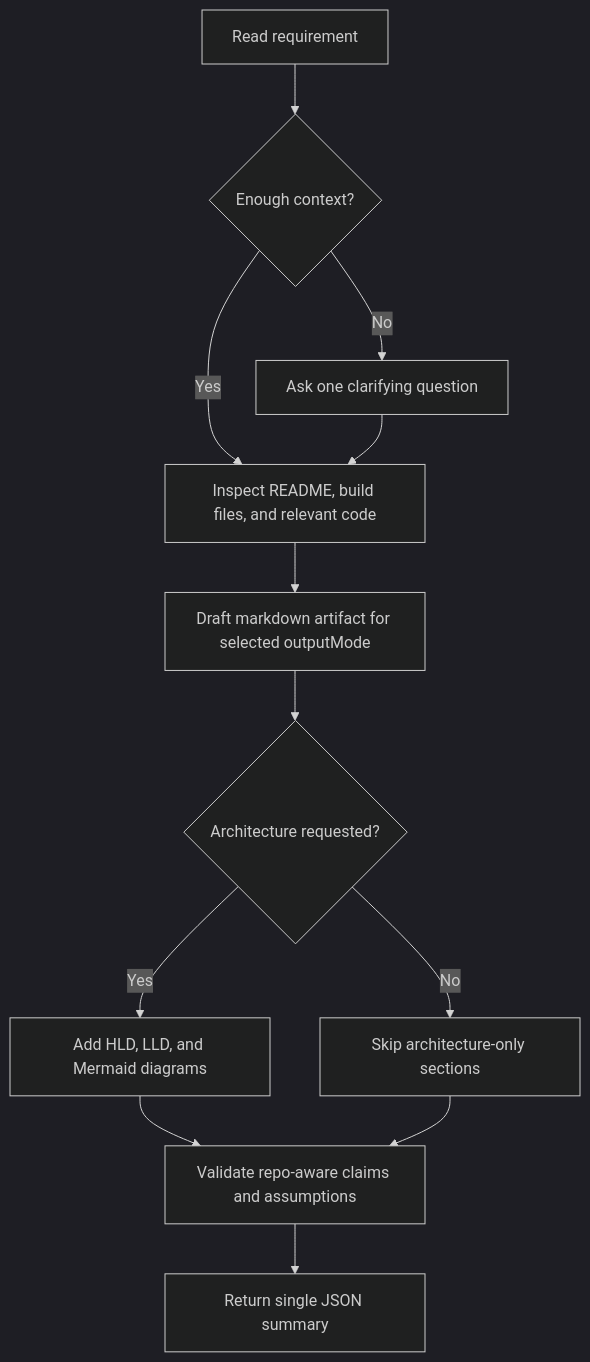
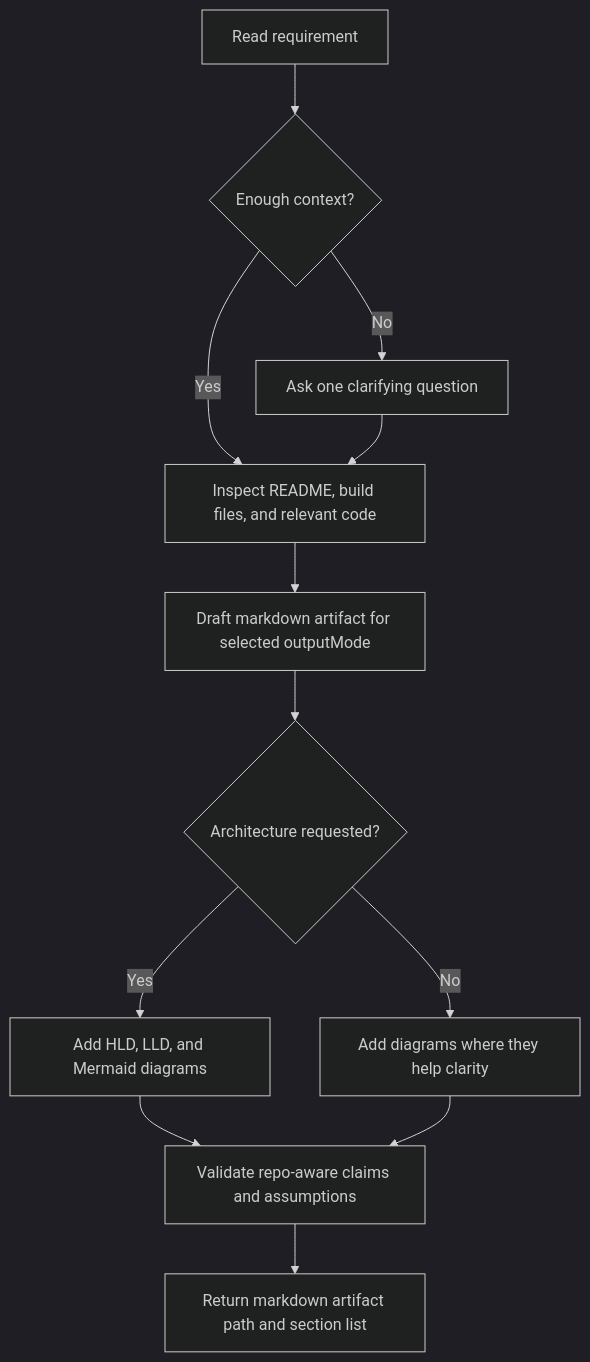
Before and after one commit to buddolla1/agents-skills-instructions: the diagram in github/skills/engineering-design-agent/docs/engineering-design-agent-skill-overview.md, drawn with Mermaid (dark theme). The commit also changed other lines of this file and 22 other files, not shown here.

````diff
--- a/github/skills/engineering-design-agent/docs/engineering-design-agent-skill-overview.md
+++ b/github/skills/engineering-design-agent/docs/engineering-design-agent-skill-overview.md
@@ -25,14 +25,14 @@
 ```mermaid
 flowchart TD
     A[Read requirement] --> B{Enough context?}
     B -- No --> C[Ask one clarifying question]
     B -- Yes --> D[Inspect README, build files, and relevant code]
     C --> D
     D --> E[Draft markdown artifact for selected outputMode]
     E --> F{Architecture requested?}
     F -- Yes --> G[Add HLD, LLD, and Mermaid diagrams]
-    F -- No --> H[Skip architecture-only sections]
+    F -- No --> H[Add diagrams where they help clarity]
     G --> I[Validate repo-aware claims and assumptions]
     H --> I
-    I --> J[Return single JSON summary]
+    I --> J[Return markdown artifact path and section list]
 ```
````
